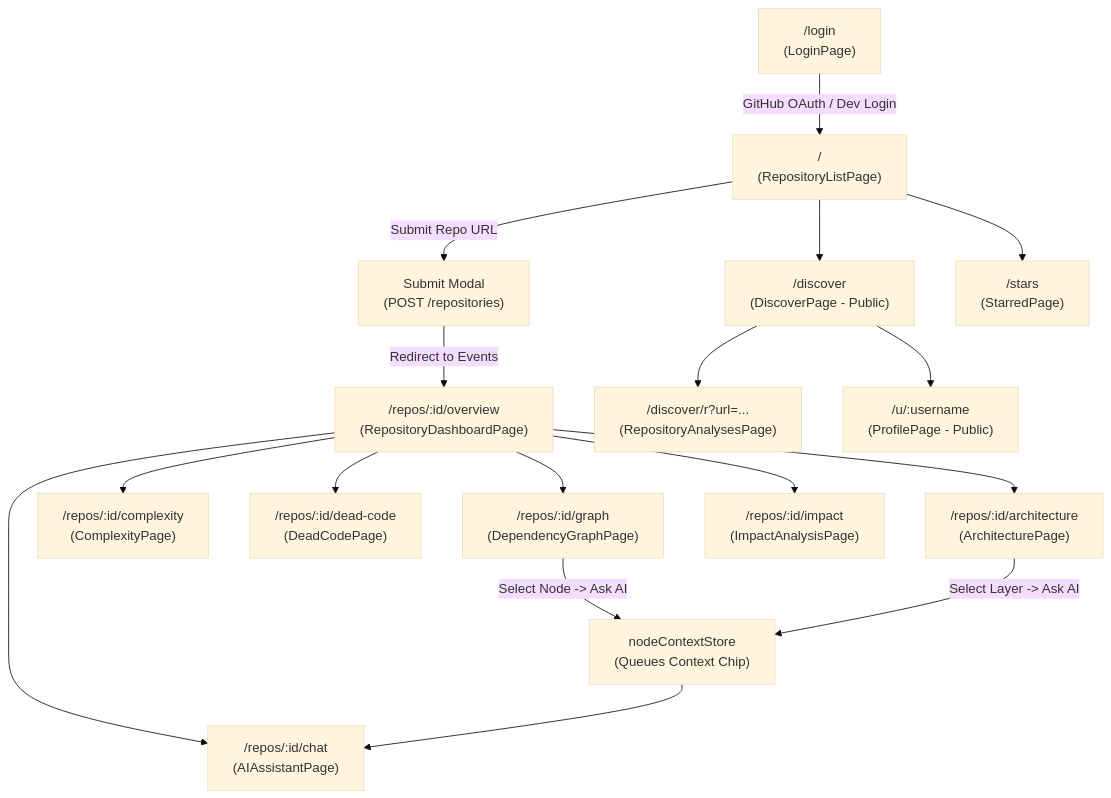
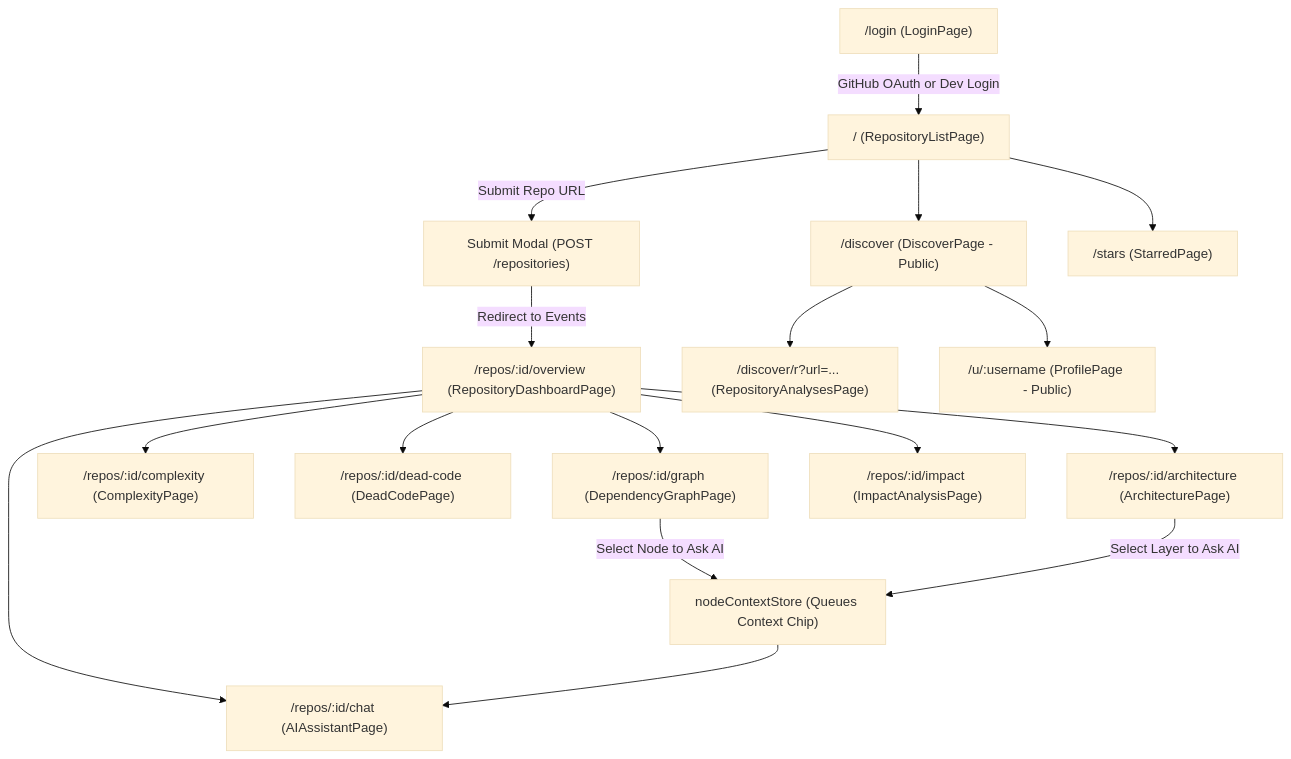
One commit to nikhil-87/CodeSensei changed the first of 3 diagrams in vault/07-user-flows.md. Above: the diagram before and after it, drawn with Mermaid (base theme). The commit also changed other lines of this file and 25 other files, not shown here.

Commit message:
docs: initialize comprehensive technical documentation, architecture diagrams, and verification guides in vault and docs directories

````diff
--- a/vault/07-user-flows.md
+++ b/vault/07-user-flows.md
@@ -10,23 +10,23 @@
 ```mermaid
 flowchart TD
-    Login["/login<br/>(LoginPage)"] -->|GitHub OAuth / Dev Login| Dashboard["/<br/>(RepositoryListPage)"]
+    Login["/login (LoginPage)"] -->|GitHub OAuth or Dev Login| Dashboard["/ (RepositoryListPage)"]
     
-    Dashboard -->|Submit Repo URL| SubmitModal["Submit Modal<br/>(POST /repositories)"]
-    SubmitModal -->|Redirect to Events| RepoRoot["/repos/:id/overview<br/>(RepositoryDashboardPage)"]
+    Dashboard -->|Submit Repo URL| SubmitModal["Submit Modal (POST /repositories)"]
+    SubmitModal -->|Redirect to Events| RepoRoot["/repos/:id/overview (RepositoryDashboardPage)"]
     
-    RepoRoot --> NavGraph["/repos/:id/graph<br/>(DependencyGraphPage)"]
-    RepoRoot --> NavComp["/repos/:id/complexity<br/>(ComplexityPage)"]
-    RepoRoot --> NavDead["/repos/:id/dead-code<br/>(DeadCodePage)"]
-    RepoRoot --> NavArch["/repos/:id/architecture<br/>(ArchitecturePage)"]
-    RepoRoot --> NavImp["/repos/:id/impact<br/>(ImpactAnalysisPage)"]
-    RepoRoot --> NavChat["/repos/:id/chat<br/>(AIAssistantPage)"]
+    RepoRoot --> NavGraph["/repos/:id/graph (DependencyGraphPage)"]
+    RepoRoot --> NavComp["/repos/:id/complexity (ComplexityPage)"]
+    RepoRoot --> NavDead["/repos/:id/dead-code (DeadCodePage)"]
+    RepoRoot --> NavArch["/repos/:id/architecture (ArchitecturePage)"]
+    RepoRoot --> NavImp["/repos/:id/impact (ImpactAnalysisPage)"]
+    RepoRoot --> NavChat["/repos/:id/chat (AIAssistantPage)"]
     
-    NavGraph -->|Select Node -> Ask AI| CrossContext["nodeContextStore<br/>(Queues Context Chip)"]
-    NavArch -->|Select Layer -> Ask AI| CrossContext
+    NavGraph -->|Select Node to Ask AI| CrossContext["nodeContextStore (Queues Context Chip)"]
+    NavArch -->|Select Layer to Ask AI| CrossContext
     CrossContext --> NavChat
 
-    Dashboard --> Discover["/discover<br/>(DiscoverPage - Public)"]
-    Discover --> RepoAnalyses["/discover/r?url=...<br/>(RepositoryAnalysesPage)"]
-    Discover --> UserProfile["/u/:username<br/>(ProfilePage - Public)"]
-    Dashboard --> Starred["/stars<br/>(StarredPage)"]
+    Dashboard --> Discover["/discover (DiscoverPage - Public)"]
+    Discover --> RepoAnalyses["/discover/r?url=... (RepositoryAnalysesPage)"]
+    Discover --> UserProfile["/u/:username (ProfilePage - Public)"]
+    Dashboard --> Starred["/stars (StarredPage)"]
 ```
````
